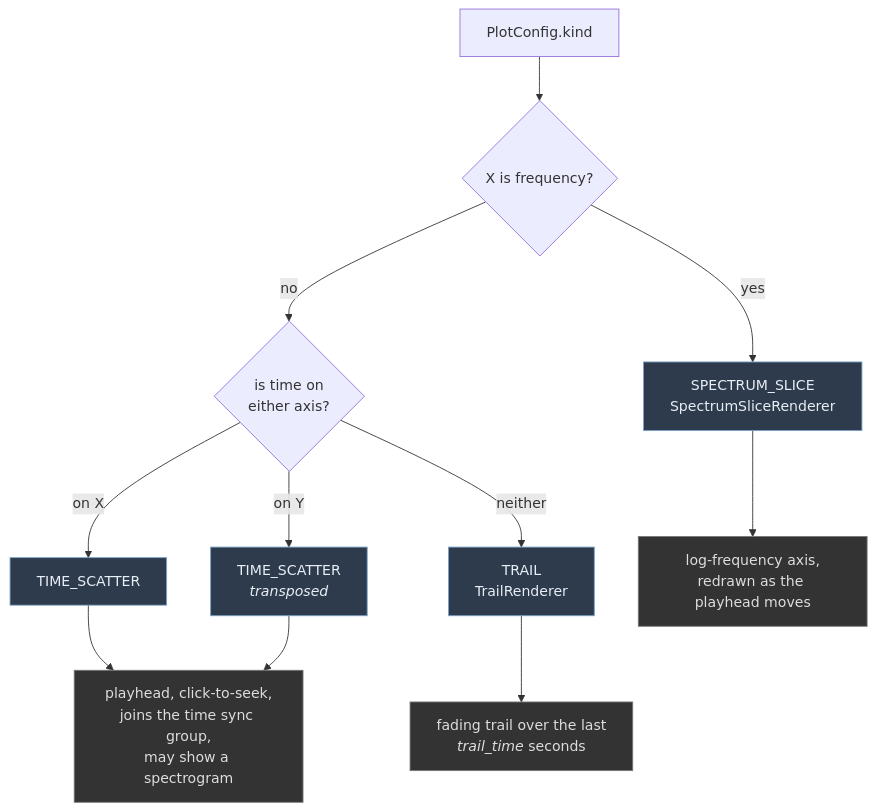
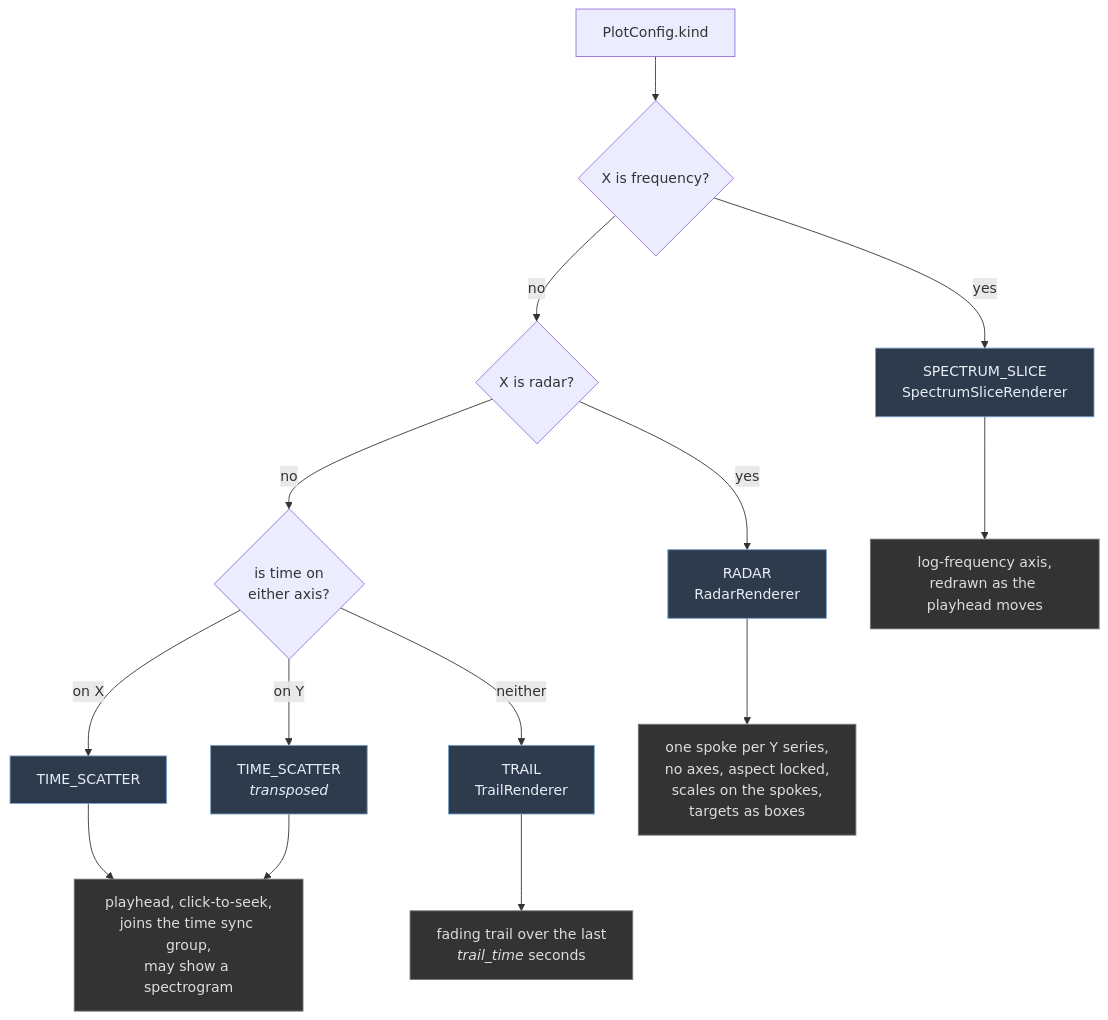
Before and after one commit to fabstr/voicevis: the second of 7 diagrams in src/ui/plot/README.md, drawn with Mermaid. The commit also changed other lines of this file and 19 other files, not shown here.

Commit message:
Add radar chart

````diff
--- a/src/ui/plot/README.md
+++ b/src/ui/plot/README.md
@@ -81,19 +82,22 @@
 ```mermaid
 flowchart TD
     START["PlotConfig.kind"] --> QF{"X is frequency?"}
     QF -- yes --> SS["SPECTRUM_SLICE<br/>SpectrumSliceRenderer"]
-    QF -- no --> QT{"is time on<br/>either axis?"}
+    QF -- no --> QR{"X is radar?"}
+    QR -- yes --> RA["RADAR<br/>RadarRenderer"]
+    QR -- no --> QT{"is time on<br/>either axis?"}
     QT -- "on X" --> TS["TIME_SCATTER"]
     QT -- "on Y" --> TSY["TIME_SCATTER<br/><i>transposed</i>"]
     QT -- neither --> TR["TRAIL<br/>TrailRenderer"]
 
     TS --> TSF["playhead, click-to-seek,<br/>joins the time sync group,<br/>may show a spectrogram"]
     TSY --> TSF
     SS --> SSF["log-frequency axis,<br/>redrawn as the playhead moves"]
+    RA --> RAF["one spoke per Y series,<br/>no axes, aspect locked,<br/>scales on the spokes,<br/>targets as boxes"]
     TR --> TRF["fading trail over the last<br/><i>trail_time</i> seconds"]
 
     classDef kind fill:#2d3b4d,stroke:#7aa2c8,color:#e8eef5
     classDef note fill:#333,stroke:#777,color:#ddd
-    class TS,TSY,SS,TR kind
-    class TSF,SSF,TRF note
+    class TS,TSY,SS,RA,TR kind
+    class TSF,SSF,RAF,TRF note
 ```
````
